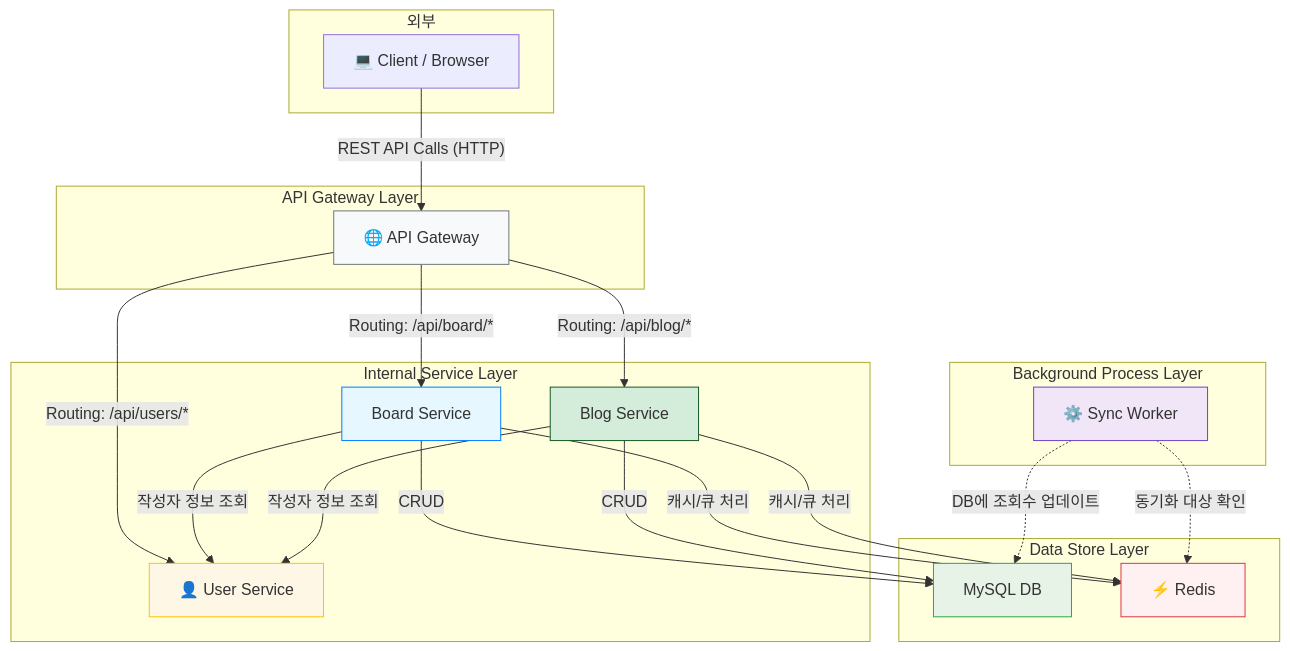
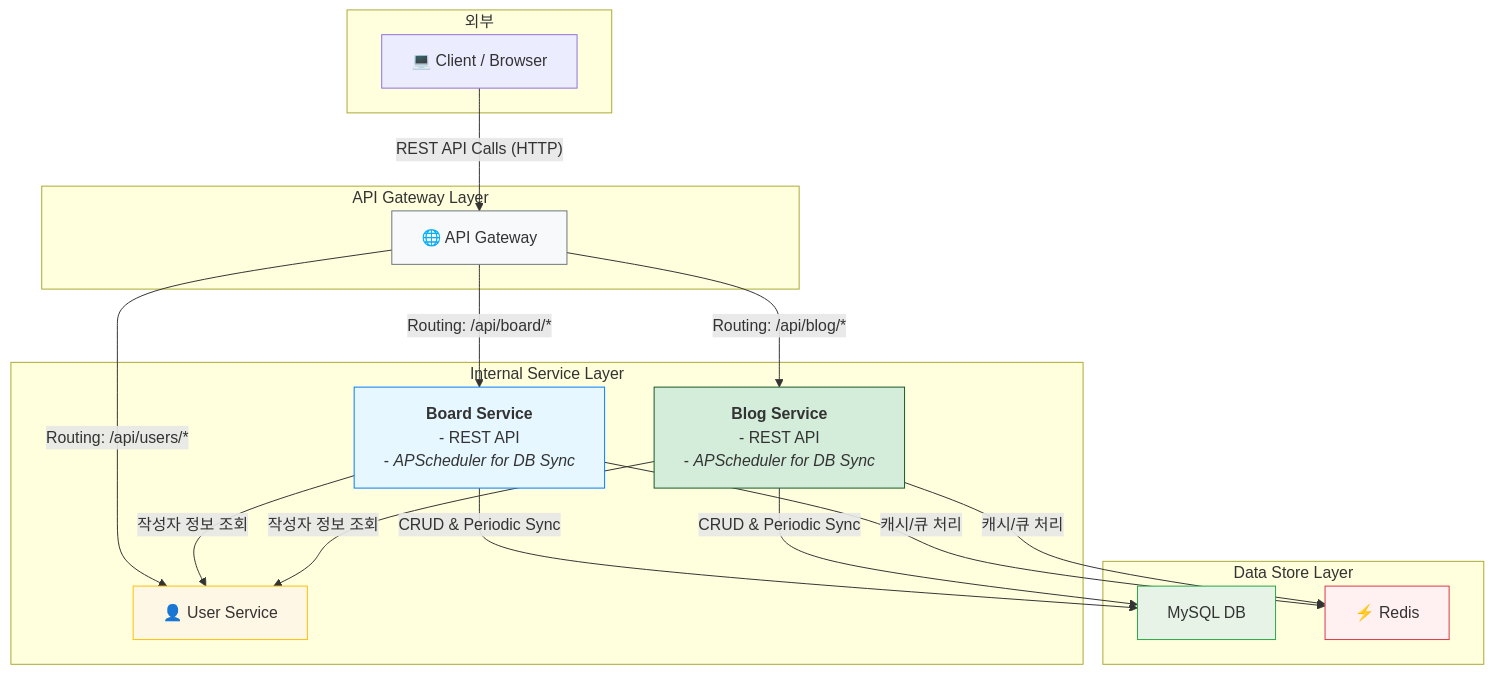
Before and after one commit to bjsong-teach/project: the diagram in README.md, drawn with Mermaid.

````diff
--- a/README.md
+++ b/README.md
@@ -1,50 +1,42 @@
 ```mermaid
 graph TD
     subgraph "외부"
         Client[💻 Client / Browser]
     end
 
     subgraph "API Gateway Layer"
         style Gateway fill:#f8f9fa,stroke:#6c757d
         Gateway["🌐 API Gateway"]
     end
 
     subgraph "Internal Service Layer"
         style BoardService fill:#e6f7ff,stroke:#007bff
         style BlogService fill:#d4edda,stroke:#155724
         style UserService fill:#fff7e6,stroke:#ffc107
-        BoardService["Board Service"]
-        BlogService["Blog Service"]
+        BoardService["<b>Board Service</b><br/>- REST API<br/>- <i>APScheduler for DB Sync</i>"]
+        BlogService["<b>Blog Service</b><br/>- REST API<br/>- <i>APScheduler for DB Sync</i>"]
         UserService["👤 User Service"]
     end
 
     subgraph "Data Store Layer"
         style DB fill:#e6f3e6,stroke:#28a745
         style Redis fill:#fff0f1,stroke:#dc3545
         DB["MySQL DB"]
         Redis["⚡ Redis"]
-    end
-    
-    subgraph "Background Process Layer"
-        style SyncWorker fill:#f0e6f7,stroke:#6f42c1
-        SyncWorker["⚙️ Sync Worker"]
     end
 
     Client -- "REST API Calls (HTTP)" --> Gateway
 
     Gateway -- "Routing: /api/board/*" --> BoardService
     Gateway -- "Routing: /api/blog/*" --> BlogService
     Gateway -- "Routing: /api/users/*" --> UserService
     
     BoardService -- "작성자 정보 조회" --> UserService
     BlogService -- "작성자 정보 조회" --> UserService
 
-    BoardService -- CRUD --> DB
-    BlogService -- CRUD --> DB
+    BoardService -- "CRUD & Periodic Sync" --> DB
+    BlogService -- "CRUD & Periodic Sync" --> DB
 
     BoardService -- "캐시/큐 처리" --> Redis
     BlogService -- "캐시/큐 처리" --> Redis
-
-    SyncWorker -. "동기화 대상 확인" .-> Redis
-    SyncWorker -. "DB에 조회수 업데이트" .-> DB
 ```
````
